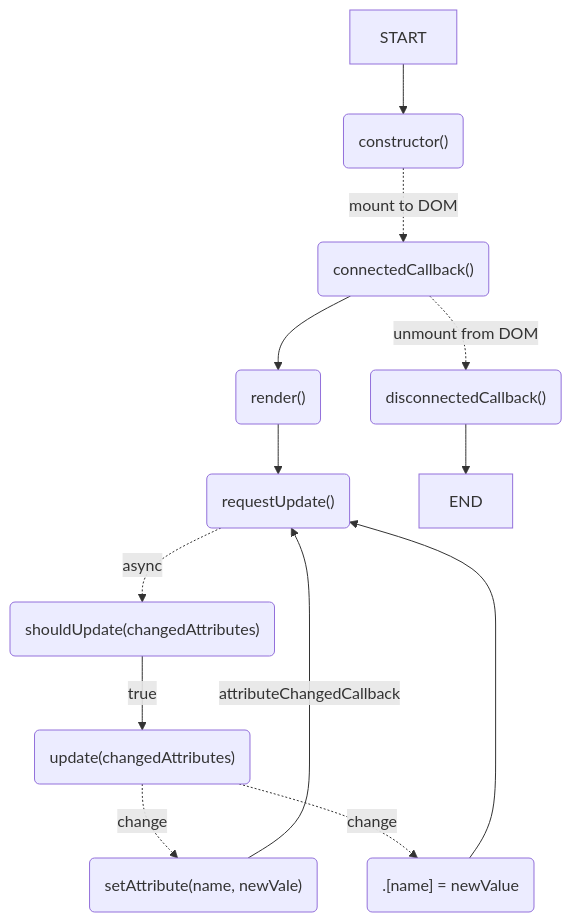
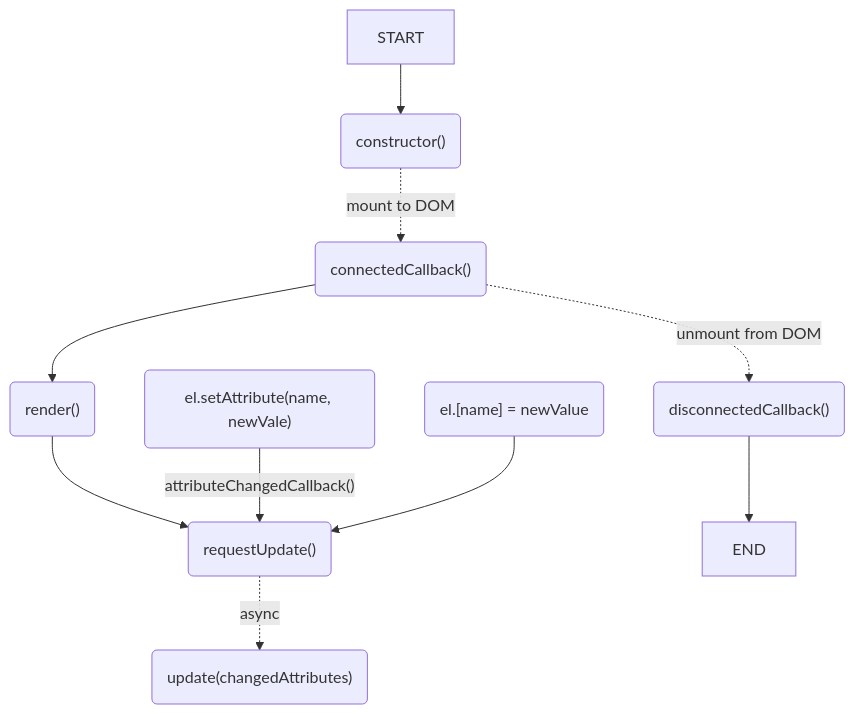
The diagram in packages/mi-element/docs/element.md (commenthol/mi-element), drawn with Mermaid before and after one commit. The commit also changed other lines of this file and 48 other files, not shown here.

````diff
--- a/packages/mi-element/docs/element.md
+++ b/packages/mi-element/docs/element.md
@@ -156,29 +144,24 @@
 ```mermaid
 flowchart TD
   constructoR("constructor()")
   connectedCallback("connectedCallback()")
   disconnectedCallback("disconnectedCallback()")
   render("render()")
   requestUpdate("requestUpdate()")
-  shouldUpdate("shouldUpdate(changedAttributes)")
   update("update(changedAttributes)")
 
-  setAttribute("setAttribute(name, newVale)")
-  setProperty(".[name] = newValue")
+  setAttribute("el.setAttribute(name, newVale)")
+  setProperty("el.[name] = newValue")
 
   START --> constructoR
   constructoR -.->|"mount to DOM"| connectedCallback
   connectedCallback --> render
   render --> requestUpdate
-  requestUpdate -.->|async| shouldUpdate
-  shouldUpdate -->|true| update
+  requestUpdate -.->|async| update
 
-  setAttribute -->|"attributeChangedCallback"| requestUpdate
-  setProperty --> requestUpdate
-
-  update -.->|change| setAttribute
-  update -.->|change| setProperty
+  setAttribute -->|"attributeChangedCallback()"| requestUpdate
+  setProperty -->requestUpdate
 
   connectedCallback -.->|"unmount from DOM"| disconnectedCallback
   disconnectedCallback --> END
 ```
````
